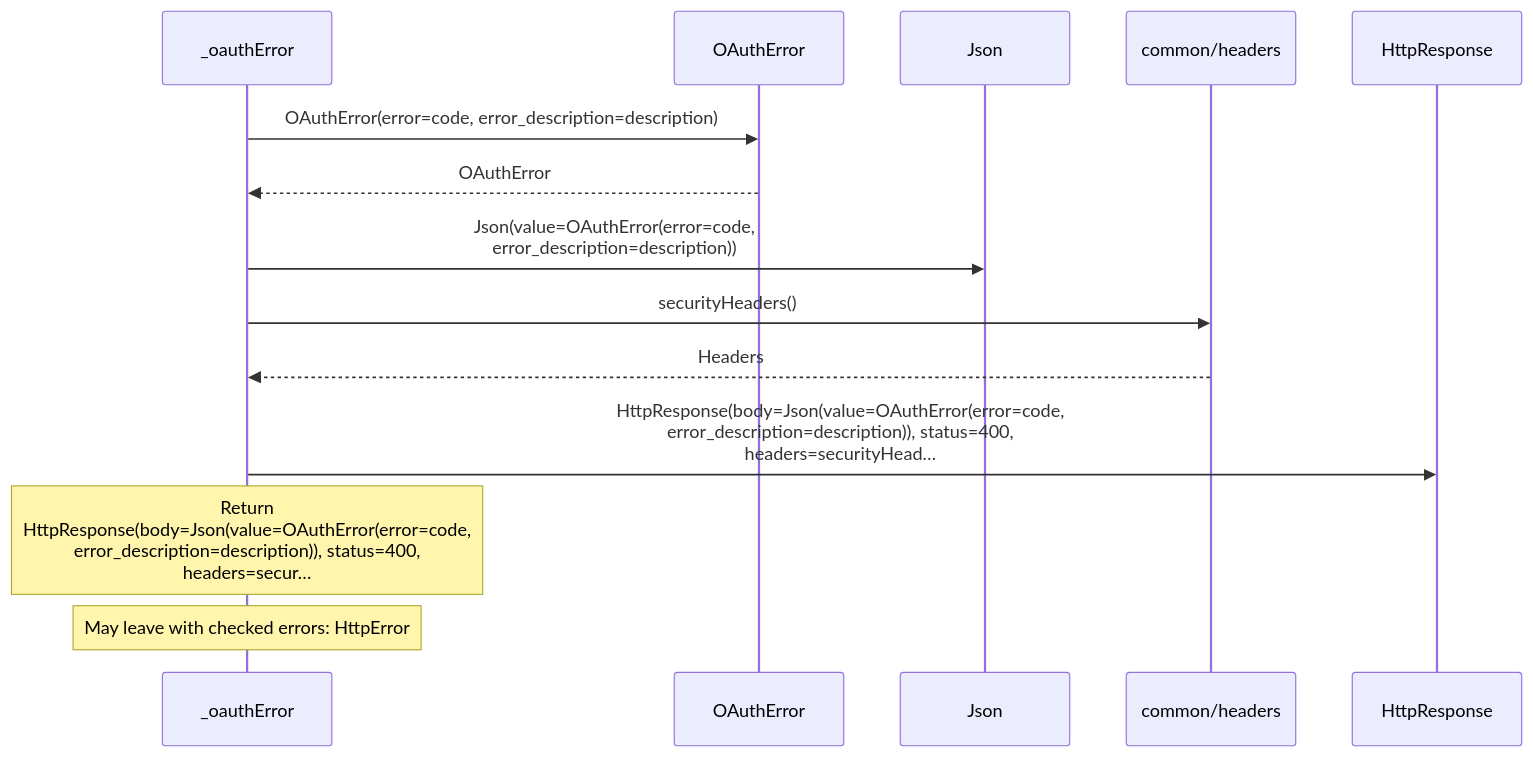
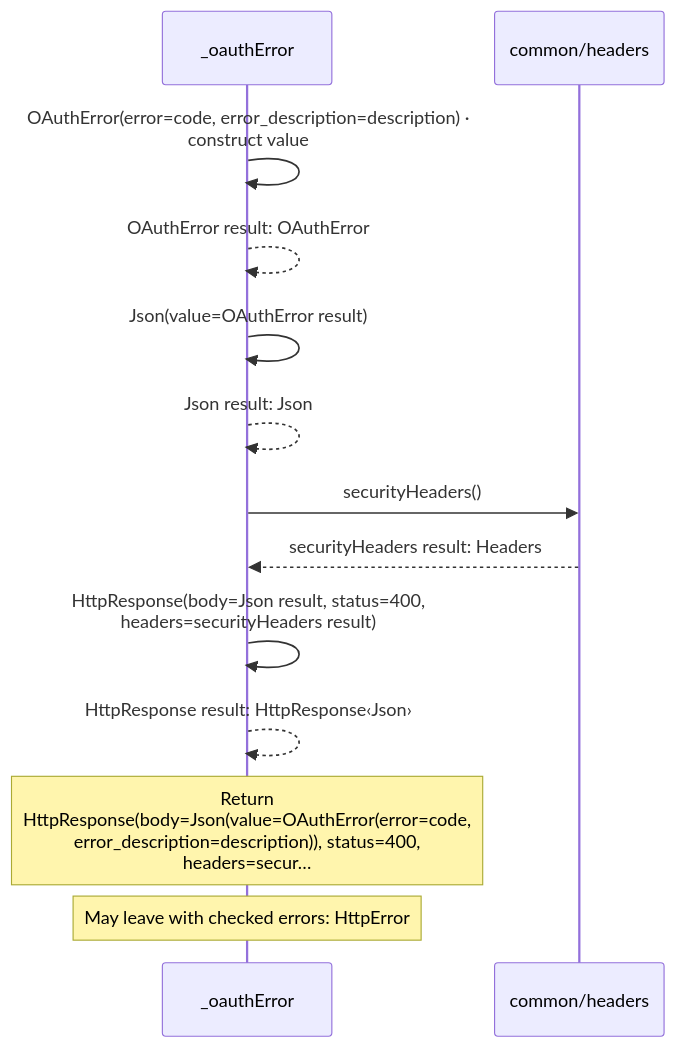
One commit to GreenPandaStudios/augscript changed the third of 6 diagrams in docs/examples/oidc-login/provider/token-diagrams.md. Above: the diagram before and after it, drawn with Mermaid. The commit also changed other lines of this file and 304 other files, not shown here.

Commit message:
Make generated data-flow sequences concise and review every diagram

````diff
--- a/docs/examples/oidc-login/provider/token-diagrams.md
+++ b/docs/examples/oidc-login/provider/token-diagrams.md
@@ -94,16 +62,15 @@
 ```mermaid
 sequenceDiagram
     participant p0 as _oauthError
-    participant p1 as OAuthError
-    participant p2 as Json
-    participant p3 as common/headers
-    participant p4 as HttpResponse
-    p0->>p1: OAuthError(error=code, error_description=description)
-    p1-->>p0: OAuthError
-    p0->>p2: Json(value=OAuthError(error=code,<br/>error_description=description))
-    p0->>p3: securityHeaders()
-    p3-->>p0: Headers
-    p0->>p4: HttpResponse(body=Json(value=OAuthError(error=code,<br/>error_description=description)), status=400,<br/>headers=securityHead…
+    participant p1 as common/headers
+    p0->>p0: OAuthError(error=code, error_description=description) ·<br/>construct value
+    p0-->>p0: OAuthError result: OAuthError
+    p0->>p0: Json(value=OAuthError result)
+    p0-->>p0: Json result: Json
+    p0->>p1: securityHeaders()
+    p1-->>p0: securityHeaders result: Headers
+    p0->>p0: HttpResponse(body=Json result, status=400,<br/>headers=securityHeaders result)
+    p0-->>p0: HttpResponse result: HttpResponse‹Json›
     Note over p0: Return<br/>HttpResponse(body=Json(value=OAuthError(error=code,<br/>error_description=description)), status=400,<br/>headers=secur…
     Note over p0: May leave with checked errors: HttpError
 ```
````
